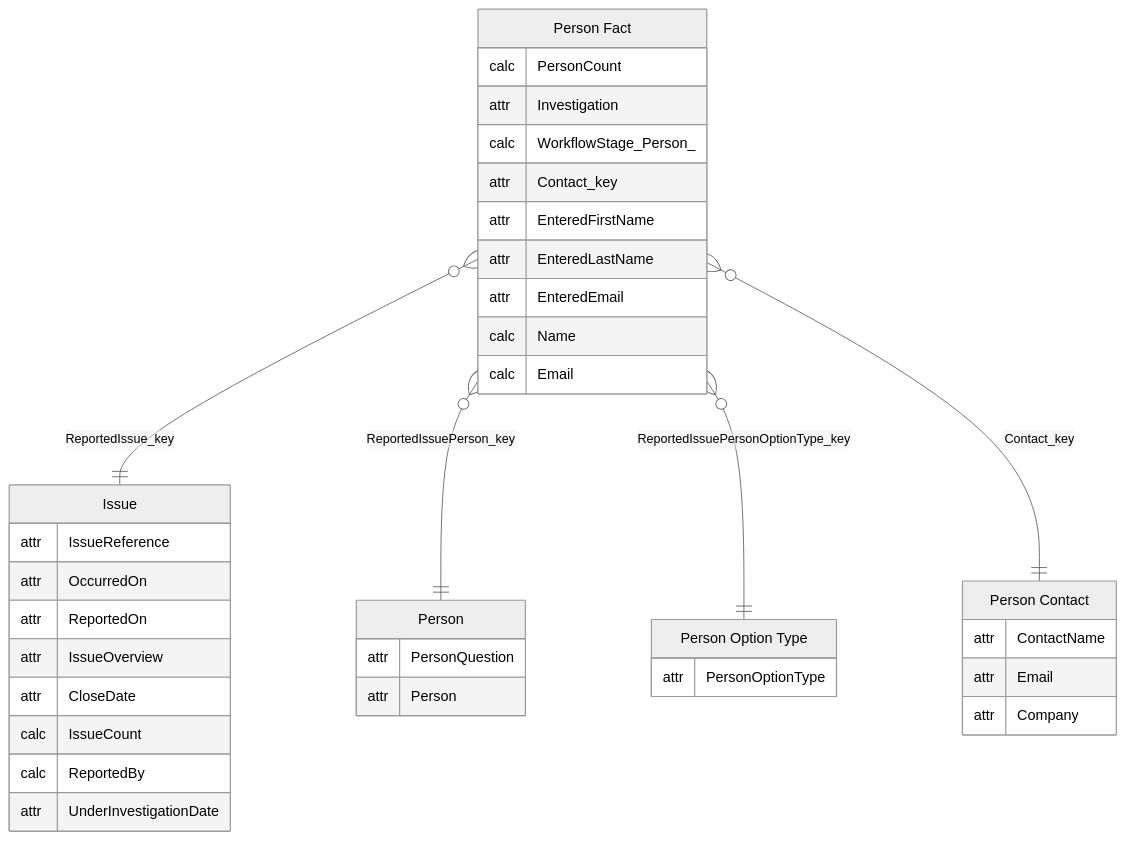
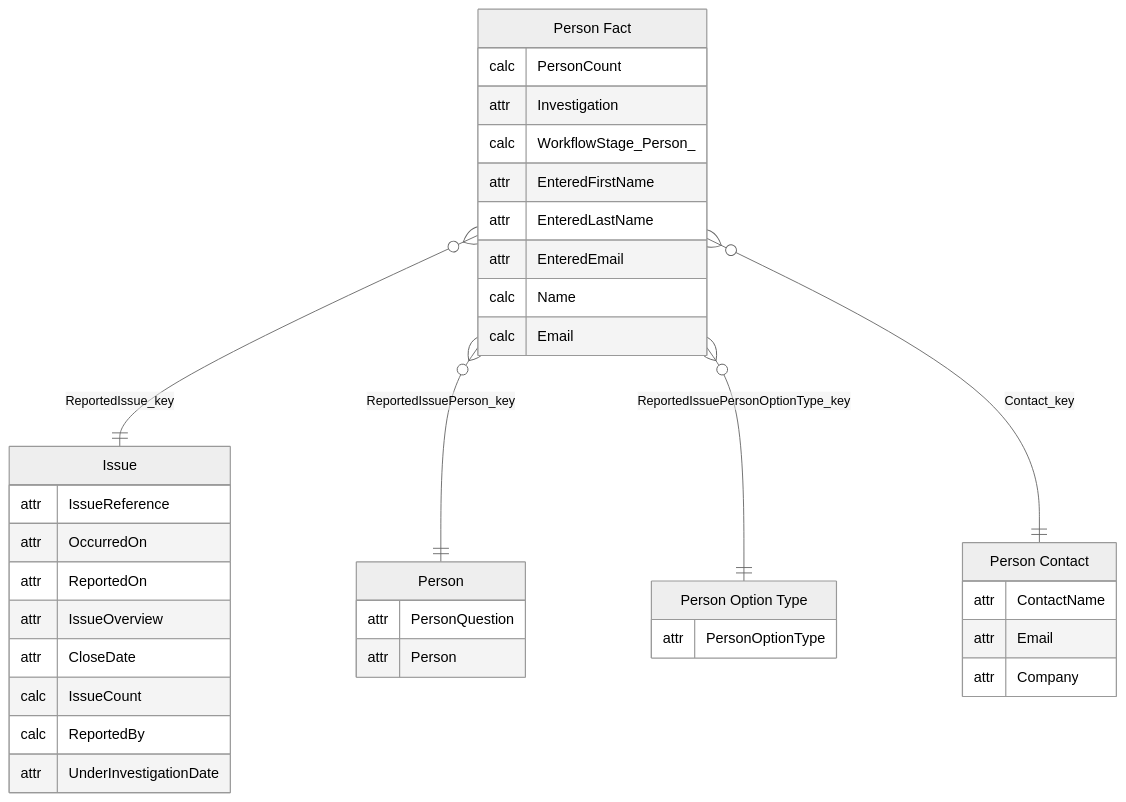
One commit to adrian-work-wallet/BIClient changed the fifth of 7 diagrams in PowerBISamplesModels/ReportedIssues.md. Above: the diagram before and after it, drawn with Mermaid.

Commit message:
docs(reported-issues): remove Contact_key attribute from Person Fact

````diff
--- a/PowerBISamplesModels/ReportedIssues.md
+++ b/PowerBISamplesModels/ReportedIssues.md
@@ -157,44 +157,43 @@
 ```mermaid
 ---
 config:
   theme: neutral
 ---
 erDiagram
     "Issue" {
         attr IssueReference
         attr OccurredOn
         attr ReportedOn
         attr IssueOverview
         attr CloseDate
         calc IssueCount
         calc ReportedBy
         attr UnderInvestigationDate
     }
     "Person Fact" {
         calc PersonCount
         attr Investigation
         calc WorkflowStage_Person_
-        attr Contact_key
         attr EnteredFirstName
         attr EnteredLastName
         attr EnteredEmail
         calc Name
         calc Email
     }
     "Person" {
         attr PersonQuestion
         attr Person
     }
     "Person Option Type" {
         attr PersonOptionType
     }
     "Person Contact" {
         attr ContactName
         attr Email
         attr Company
     }
     "Person Fact" }o--|| "Issue" : "ReportedIssue_key"
     "Person Fact" }o--|| "Person" : "ReportedIssuePerson_key"
     "Person Fact" }o--|| "Person Option Type" : "ReportedIssuePersonOptionType_key"
     "Person Fact" }o--|| "Person Contact" : "Contact_key"
 ```
````
